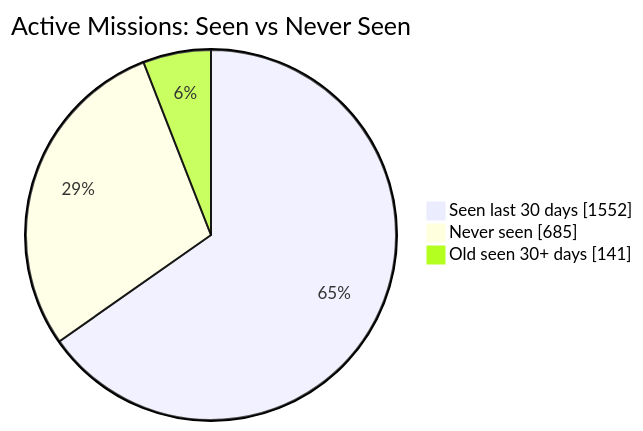
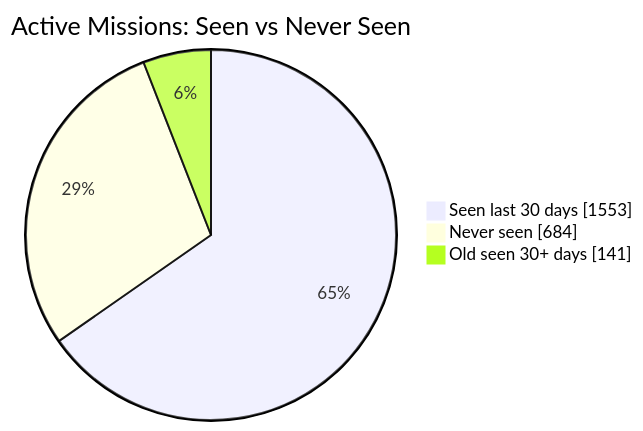
Before and after one commit to MeldkamerspelGameTeam/active-missions: the first of 2 diagrams in README.md, drawn with Mermaid. The commit also changed other lines of this file and 2 other files, not shown here.

````diff
--- a/README.md
+++ b/README.md
@@ -34,7 +34,7 @@
 ```mermaid
 pie showData
     title Active Missions: Seen vs Never Seen
-    "Seen last 30 days" : 1552
-    "Never seen" : 685
+    "Seen last 30 days" : 1553
+    "Never seen" : 684
     "Old seen 30+ days" : 141
 ```
````
